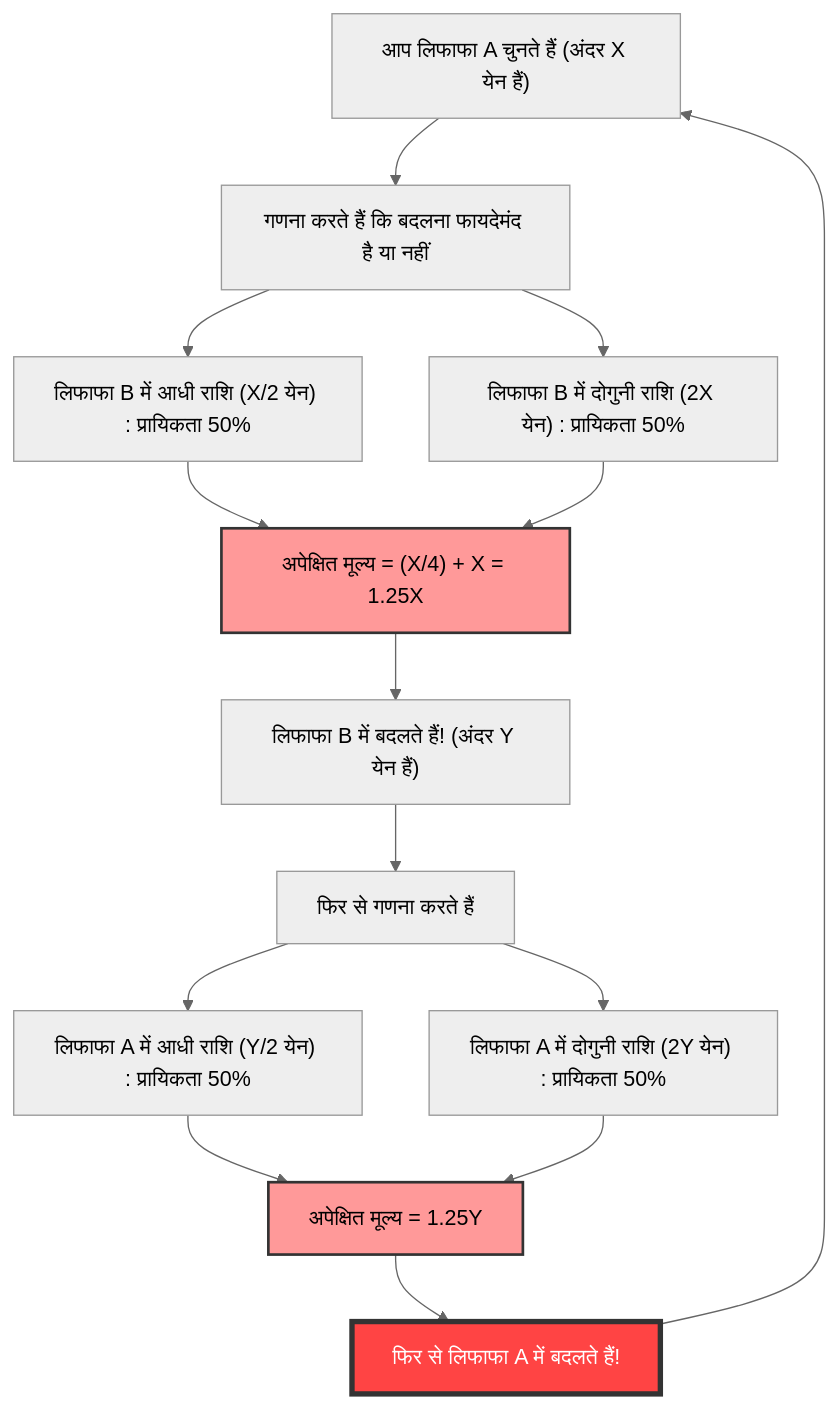
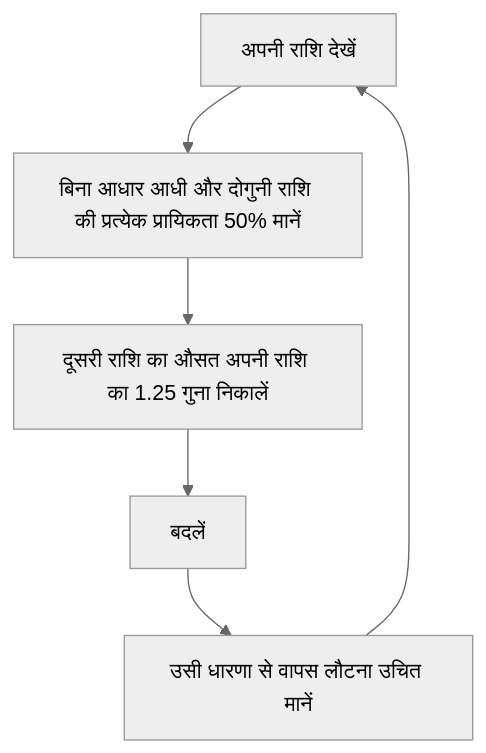
The first of 2 diagrams in content/post/2つの封筒のパラドックス/index.hi.md (kenjinote/blog), drawn with Mermaid (neutral theme) before and after one commit. The commit also changed other lines of this file and 6 other files, not shown here.

````diff
--- a/content/post/2つの封筒のパラドックス/index.hi.md
+++ b/content/post/2つの封筒のパラドックス/index.hi.md
@@ -54,26 +39,8 @@
 ```mermaid
-graph TD
-    Start["आप लिफाफा A चुनते हैं (अंदर X येन हैं)"] --> Think["गणना करते हैं कि बदलना फायदेमंद है या नहीं"]
-    
-    Think --> Case1["लिफाफा B में आधी राशि (X/2 येन) : प्रायिकता 50%"]
-    Think --> Case2["लिफाफा B में दोगुनी राशि (2X येन) : प्रायिकता 50%"]
-    
-    Case1 --> Calc["अपेक्षित मूल्य = (X/4) + X = 1.25X"]
-    Case2 --> Calc
-    
-    Calc --> SwitchToB["लिफाफा B में बदलते हैं! (अंदर Y येन हैं)"]
-    
-    SwitchToB --> ThinkAgain["फिर से गणना करते हैं"]
-    ThinkAgain --> Case3["लिफाफा A में आधी राशि (Y/2 येन) : प्रायिकता 50%"]
-    ThinkAgain --> Case4["लिफाफा A में दोगुनी राशि (2Y येन) : प्रायिकता 50%"]
-    
-    Case3 --> Calc2["अपेक्षित मूल्य = 1.25Y"]
-    Case4 --> Calc2
-    
-    Calc2 --> SwitchToA["फिर से लिफाफा A में बदलते हैं!"]
-    SwitchToA --> Start
-    
-    style Calc fill:#ff9999,stroke:#333,stroke-width:2px
-    style Calc2 fill:#ff9999,stroke:#333,stroke-width:2px
-    style SwitchToA fill:#ff4444,color:#fff,stroke:#333,stroke-width:4px
+flowchart TD
+    A["अपनी राशि देखें"] --> B["बिना आधार आधी और दोगुनी राशि की प्रत्येक प्रायिकता 50% मानें"]
+    B --> C["दूसरी राशि का औसत अपनी राशि का 1.25 गुना निकालें"]
+    C --> D["बदलें"]
+    D --> E["उसी धारणा से वापस लौटना उचित मानें"]
+    E --> A
 ```
````
